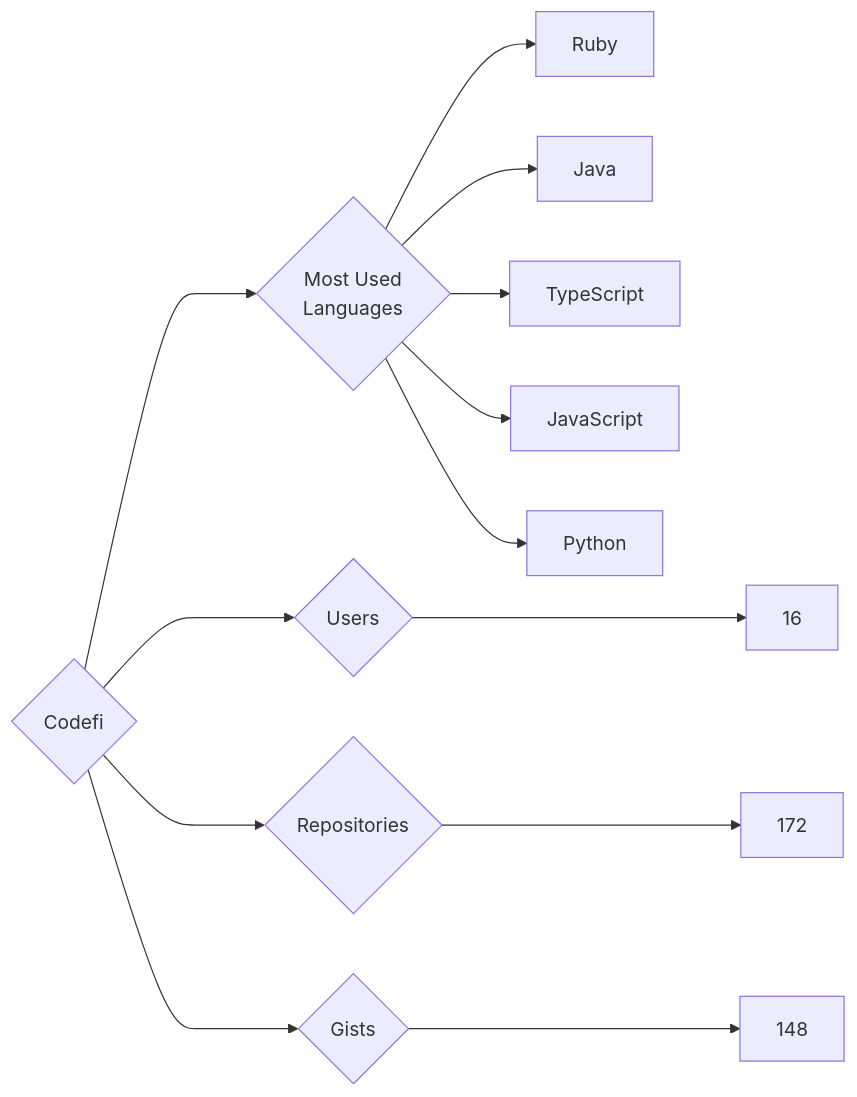
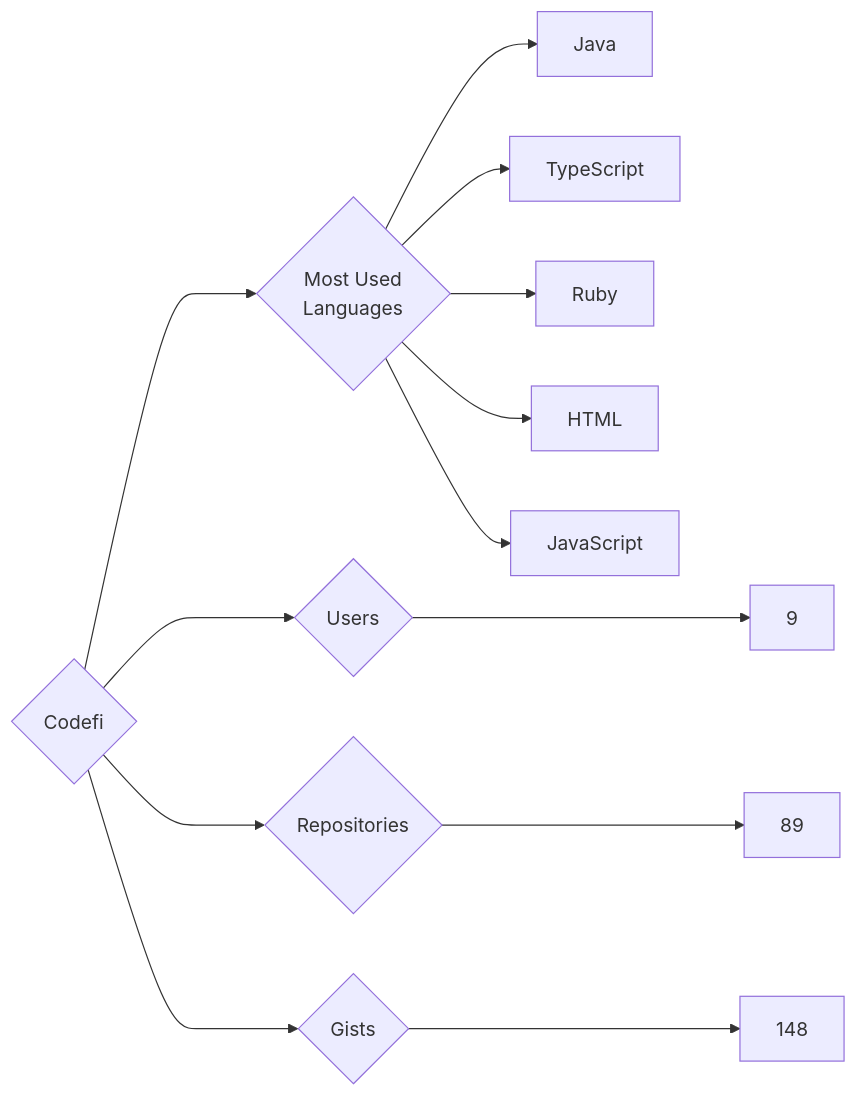
One commit to trickest/insiders changed the diagram in targets/Codefi/README.md. Above: the diagram before and after it, drawn with Mermaid. The commit also changed 1055 other files, not shown here.

````diff
--- a/targets/Codefi/README.md
+++ b/targets/Codefi/README.md
@@ -3,13 +3,13 @@
 ```mermaid
 graph LR
 COMPANY_NAME{Codefi}
-COMPANY_NAME ---> U{Users} ---> UN[16]
-COMPANY_NAME ---> R{Repositories} ---> RN[172]
+COMPANY_NAME ---> U{Users} ---> UN[9]
+COMPANY_NAME ---> R{Repositories} ---> RN[89]
 COMPANY_NAME ---> G{Gists} ---> GN[148]
 COMPANY_NAME ---> ML{Most Used<br>Languages}
-ML --> Ruby[Ruby]
 ML --> Java[Java]
 ML --> TypeScript[TypeScript]
+ML --> Ruby[Ruby]
+ML --> HTML[HTML]
 ML --> JavaScript[JavaScript]
-ML --> Python[Python]
 ```
````
